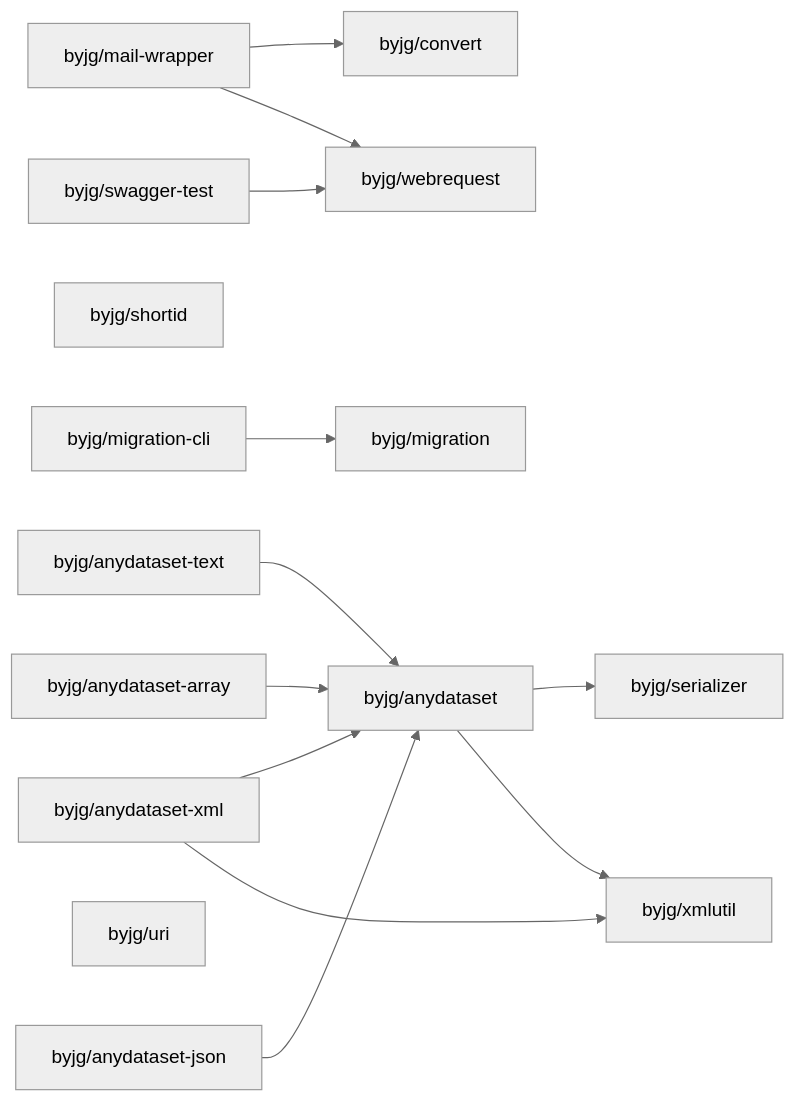
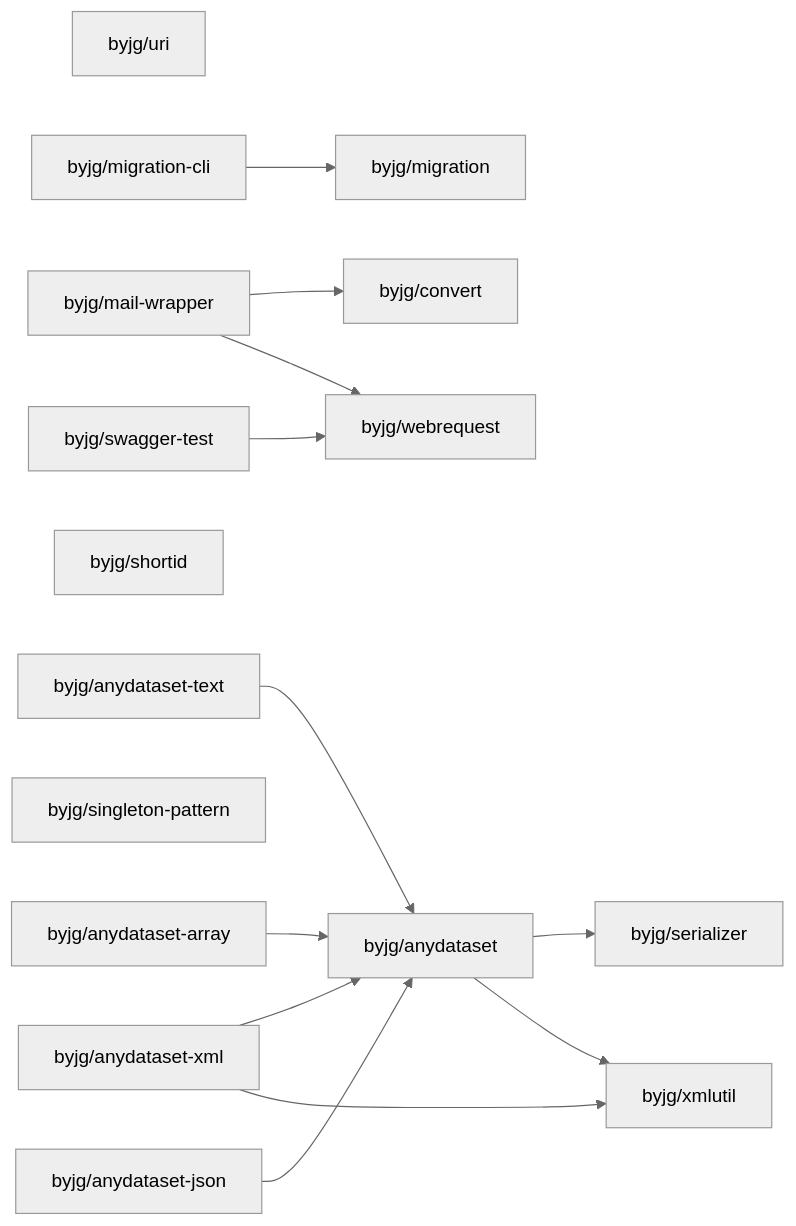
The diagram in php/README.md (byjg/byjg.github.io), drawn with Mermaid (neutral theme) before and after one commit. The commit also changed 2 other files, not shown here.

Commit message:
Update documentation 'php' 'php-singleton-pattern'

````diff
--- a/php/README.md
+++ b/php/README.md
@@ -3,29 +3,30 @@
 ```mermaid
 graph LR;
+  byjg/uri;
+  byjg/migration-cli;
+  byjg/anydataset-xml;
+  byjg/mail-wrapper;
+  byjg/shortid;
   byjg/swagger-test;
+  byjg/singleton-pattern;
+  byjg/anydataset-array;
   byjg/anydataset-json;
-  byjg/shortid;
-  byjg/mail-wrapper;
-  byjg/anydataset-xml;
-  byjg/anydataset-array;
-  byjg/migration-cli;
-  byjg/uri;
   byjg/anydataset-text;
+  byjg/migration;
   byjg/convert;
   byjg/webrequest;
-  byjg/migration;
   byjg/anydataset;
   byjg/serializer;
   byjg/xmlutil;
   byjg/anydataset-text --> byjg/anydataset;
   byjg/anydataset-xml --> byjg/anydataset;
   byjg/anydataset-xml --> byjg/xmlutil;
   byjg/anydataset-array --> byjg/anydataset;
   byjg/mail-wrapper --> byjg/convert;
   byjg/mail-wrapper --> byjg/webrequest;
   byjg/anydataset-json --> byjg/anydataset;
   byjg/swagger-test --> byjg/webrequest;
   byjg/migration-cli --> byjg/migration;
   byjg/anydataset --> byjg/serializer;
   byjg/anydataset --> byjg/xmlutil;
 ```
````
